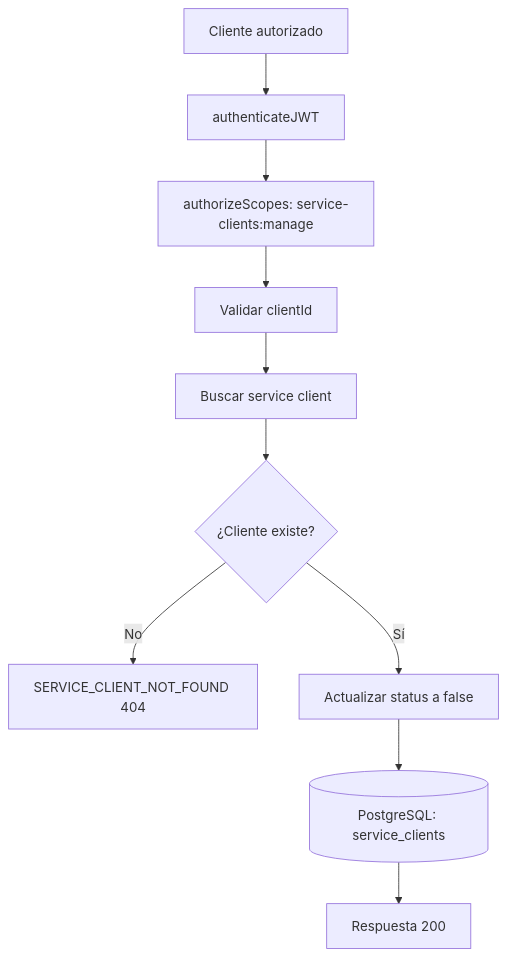
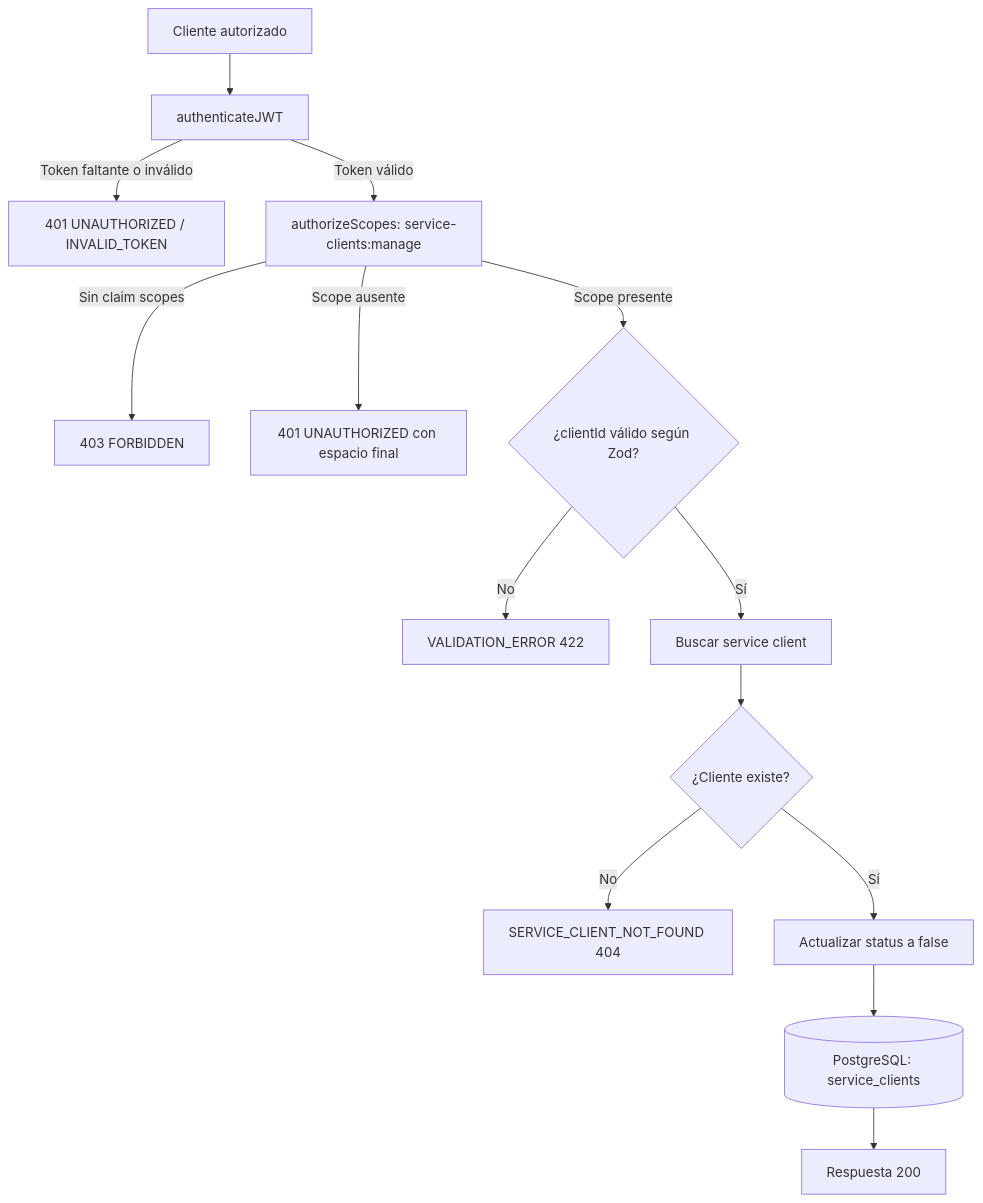
The diagram in docs/use-case/disable-service-client.md (jac2206/chasis-express-ts), drawn with Mermaid before and after one commit. The commit also changed other lines of this file and 25 other files, not shown here.

````diff
--- a/docs/use-case/disable-service-client.md
+++ b/docs/use-case/disable-service-client.md
@@ -69,12 +71,16 @@
 ```mermaid
 flowchart TD
     A[Cliente autorizado] --> B[authenticateJWT]
-    B --> C[authorizeScopes: service-clients:manage]
-    C --> D[Validar clientId]
-    D --> E[Buscar service client]
+    B -->|Token faltante o inválido| X[401 UNAUTHORIZED / INVALID_TOKEN]
+    B -->|Token válido| C[authorizeScopes: service-clients:manage]
+    C -->|Sin claim scopes| Y[403 FORBIDDEN]
+    C -->|Scope ausente| Z[401 UNAUTHORIZED con espacio final]
+    C -->|Scope presente| D{¿clientId válido según Zod?}
+    D -- No --> V[VALIDATION_ERROR 422]
+    D -- Sí --> E[Buscar service client]
     E --> F{¿Cliente existe?}
     F -- No --> G[SERVICE_CLIENT_NOT_FOUND 404]
     F -- Sí --> H[Actualizar status a false]
     H --> I[(PostgreSQL: service_clients)]
     I --> J[Respuesta 200]
 ```
````
